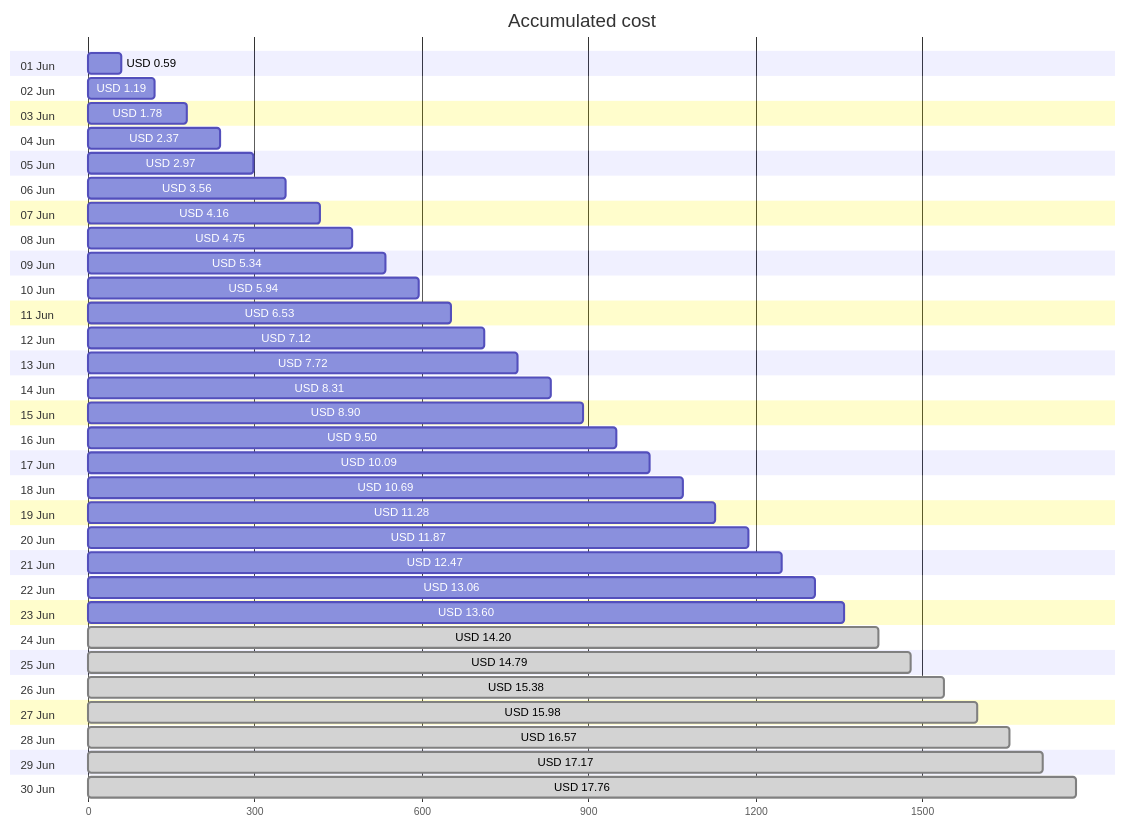
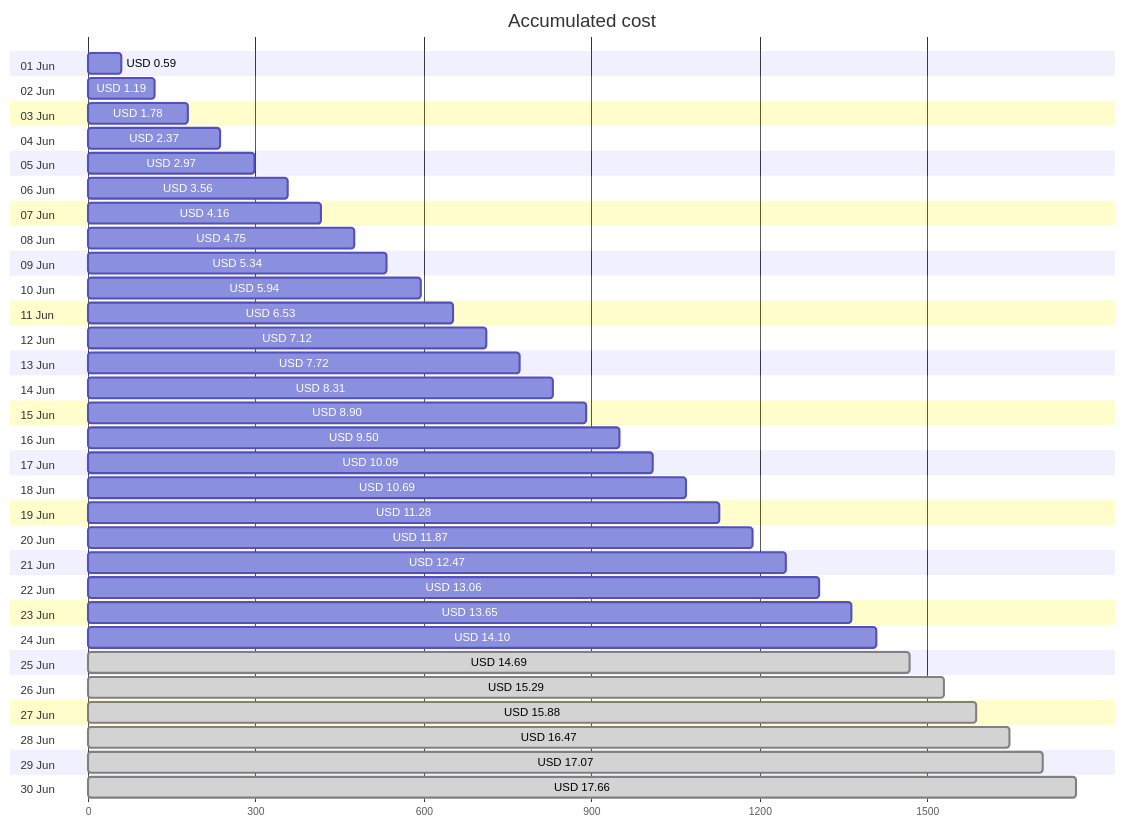
Before and after one commit to jpfulton/azure-personal-reports: the first of 4 diagrams in cost-reports/personal-site/README.md, drawn with Mermaid. The commit also changed other lines of this file and 6 other files, not shown here.

````diff
--- a/cost-reports/personal-site/README.md
+++ b/cost-reports/personal-site/README.md
@@ -20,66 +20,66 @@
 ```mermaid
 gantt
    title Accumulated cost
    dateFormat  X
    axisFormat %s
    section 01 Jun
    USD 0.59 :0, 59
    section 02 Jun
    USD 1.19 :0, 119
    section 03 Jun
    USD 1.78 :0, 178
    section 04 Jun
    USD 2.37 :0, 237
    section 05 Jun
    USD 2.97 :0, 297
    section 06 Jun
    USD 3.56 :0, 356
    section 07 Jun
    USD 4.16 :0, 416
    section 08 Jun
    USD 4.75 :0, 475
    section 09 Jun
    USD 5.34 :0, 534
    section 10 Jun
    USD 5.94 :0, 594
    section 11 Jun
    USD 6.53 :0, 653
    section 12 Jun
    USD 7.12 :0, 712
    section 13 Jun
    USD 7.72 :0, 772
    section 14 Jun
    USD 8.31 :0, 831
    section 15 Jun
    USD 8.90 :0, 890
    section 16 Jun
    USD 9.50 :0, 950
    section 17 Jun
    USD 10.09 :0, 1009
    section 18 Jun
    USD 10.69 :0, 1069
    section 19 Jun
    USD 11.28 :0, 1128
    section 20 Jun
    USD 11.87 :0, 1187
    section 21 Jun
    USD 12.47 :0, 1247
    section 22 Jun
    USD 13.06 :0, 1306
    section 23 Jun
-   USD 13.60 :0, 1360
+   USD 13.65 :0, 1365
    section 24 Jun
-   USD 14.20 : done, 0, 1420
+   USD 14.10 :0, 1410
    section 25 Jun
-   USD 14.79 : done, 0, 1479
+   USD 14.69 : done, 0, 1469
    section 26 Jun
-   USD 15.38 : done, 0, 1538
+   USD 15.29 : done, 0, 1529
    section 27 Jun
-   USD 15.98 : done, 0, 1598
+   USD 15.88 : done, 0, 1588
    section 28 Jun
-   USD 16.57 : done, 0, 1657
+   USD 16.47 : done, 0, 1647
    section 29 Jun
-   USD 17.17 : done, 0, 1717
+   USD 17.07 : done, 0, 1707
    section 30 Jun
-   USD 17.76 : done, 0, 1776
+   USD 17.66 : done, 0, 1766
 ```
````
